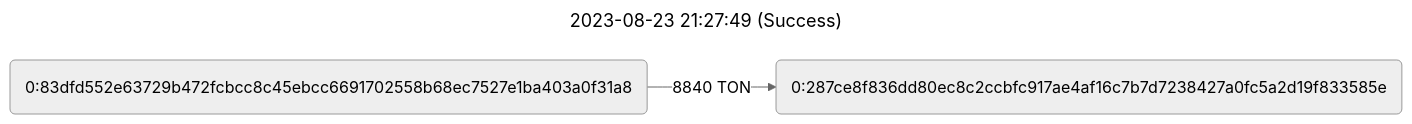
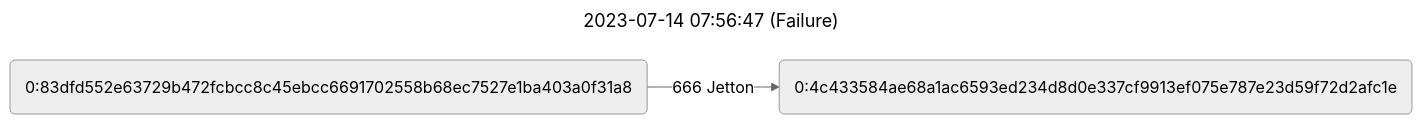
Before and after one commit to VisualTon/Demo: the diagram in si8a1.mmd, drawn with Mermaid (neutral theme). The commit also changed 3 other files, not shown here.

```diff
--- a/si8a1.mmd
+++ b/si8a1.mmd
@@ -1,7 +1,7 @@
 ---
-title: 2023-08-23 21:27:49 (Success)
+title: 2023-07-14 07:56:47 (Failure)
 ---
 flowchart LR
     A("0:83dfd552e63729b472fcbcc8c45ebcc6691702558b68ec7527e1ba403a0f31a8")
-    B("0:287ce8f836dd80ec8c2ccbfc917ae4af16c7b7d7238427a0fc5a2d19f833585e")
-    A -- 8840 TON --> B
+    B("0:4c433584ae68a1ac6593ed234d8d0e337cf9913ef075e787e23d59f72d2afc1e")
+    A -- 666 Jetton --> B
```
